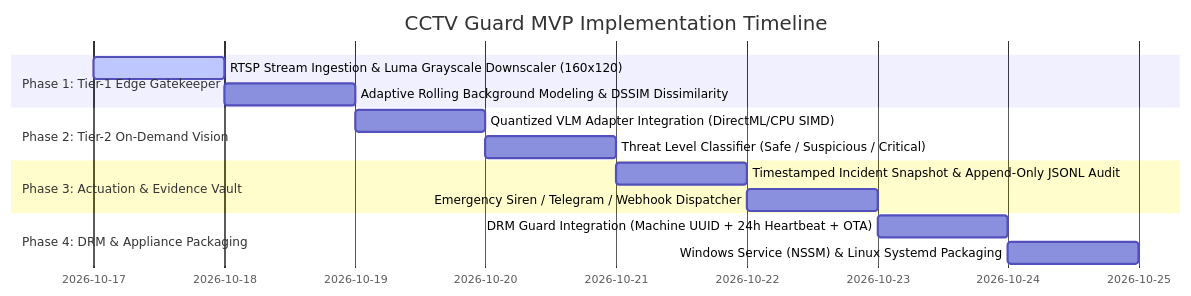
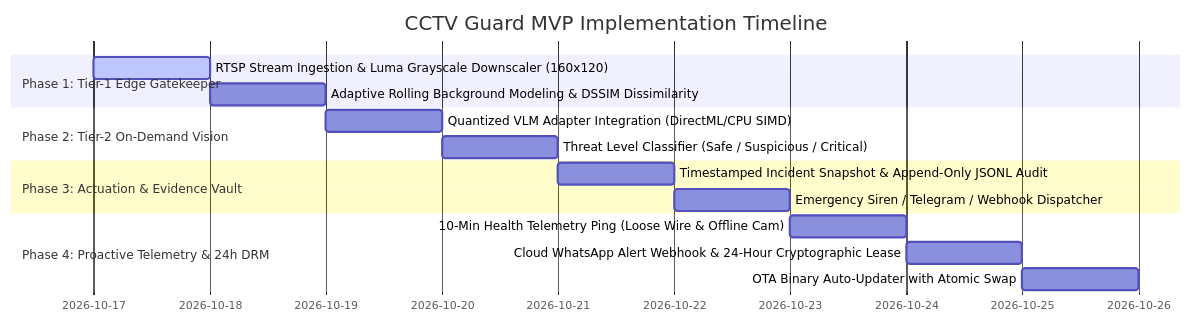
One commit to 9907918672SUNDEEP30/voice-recorder- changed the diagram in apps/cctv_guard/MVP.md. Above: the diagram before and after it, drawn with Mermaid. The commit also changed other lines of this file and 14 other files, not shown here.

Commit message:
docs: add FINAL_DEPLOYMENT_GUIDE.md, MASTER_IMPLEMENTATION_PLAN.md, supabase_schema.sql, and update multi-app telemetry and docs

````diff
--- a/apps/cctv_guard/MVP.md
+++ b/apps/cctv_guard/MVP.md
@@ -14,17 +14,18 @@
 ```mermaid
 gantt
     title CCTV Guard MVP Implementation Timeline
     dateFormat  YYYY-MM-DD
     section Phase 1: Tier-1 Edge Gatekeeper
     RTSP Stream Ingestion & Luma Grayscale Downscaler (160x120) :active, p1_1, 2026-10-17, 1d
     Adaptive Rolling Background Modeling & DSSIM Dissimilarity  :p1_2, after p1_1, 1d
     section Phase 2: Tier-2 On-Demand Vision
     Quantized VLM Adapter Integration (DirectML/CPU SIMD)      :p2_1, after p1_2, 1d
     Threat Level Classifier (Safe / Suspicious / Critical)     :p2_2, after p2_1, 1d
     section Phase 3: Actuation & Evidence Vault
     Timestamped Incident Snapshot & Append-Only JSONL Audit     :p3_1, after p2_2, 1d
     Emergency Siren / Telegram / Webhook Dispatcher            :p3_2, after p3_1, 1d
-    section Phase 4: DRM & Appliance Packaging
-    DRM Guard Integration (Machine UUID + 24h Heartbeat + OTA) :p4_1, after p3_2, 1d
-    Windows Service (NSSM) & Linux Systemd Packaging           :p4_2, after p4_1, 1d
+    section Phase 4: Proactive Telemetry & 24h DRM
+    10-Min Health Telemetry Ping (Loose Wire & Offline Cam)    :p4_1, after p3_2, 1d
+    Cloud WhatsApp Alert Webhook & 24-Hour Cryptographic Lease :p4_2, after p4_1, 1d
+    OTA Binary Auto-Updater with Atomic Swap                   :p4_3, after p4_2, 1d
 ```
````
